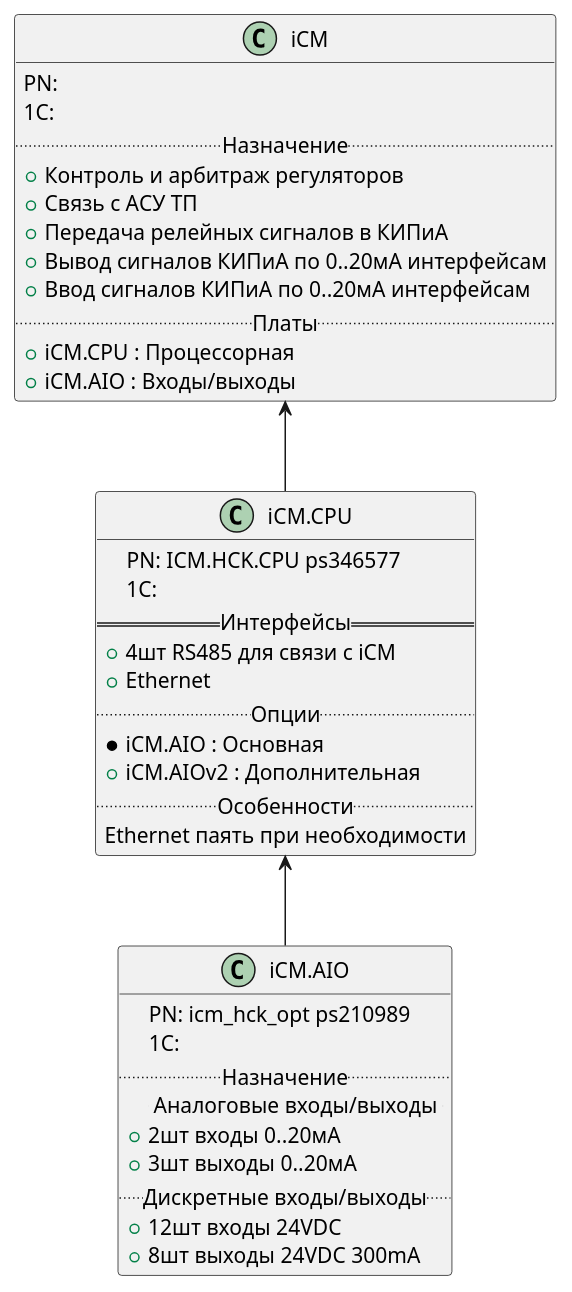
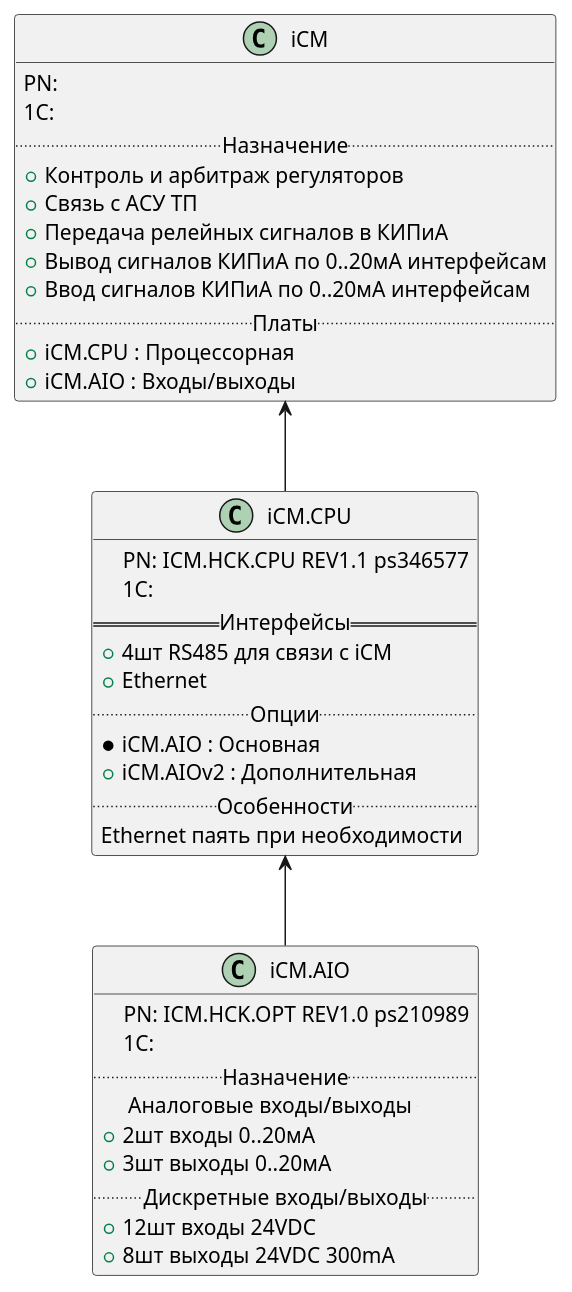
Before and after one commit to GerasimGerasimov/UML_brics: the diagram in iCM.puml, drawn with PlantUML.

```diff
--- a/iCM.puml
+++ b/iCM.puml
@@ -1,47 +1,47 @@
 @startuml
 skinparam maxMessageSize 100
 skinparam packageStyle rectangle
 set namespaceSeparator none
 
 class iCM {
 PN:
 1С:
 .. Назначение ..
 + Контроль и арбитраж регуляторов
 + Связь с АСУ ТП
 + Передача релейных сигналов в КИПиА
 + Вывод сигналов КИПиА по 0..20мА интерфейсам
 + Ввод сигналов КИПиА по 0..20мА интерфейсам
 .. Платы ..
 + iCM.CPU : Процессорная
 + iCM.AIO : Входы/выходы
 } 
 
 class iCM.CPU{
-    PN: ICM.HCK.CPU ps346577
+    PN: ICM.HCK.CPU REV1.1 ps346577
     1С:
 == Интерфейсы ==
 + 4шт RS485 для связи с iCM
 + Ethernet
 .. Опции ..
 * iCM.AIO : Основная
 + iCM.AIOv2 : Дополнительная
 .. Особенности ..
 Ethernet паять при необходимости
 } 
 
 class iCM.AIO {
-    PN: icm_hck_opt ps210989
+    PN: ICM.HCK.OPT REV1.0 ps210989
     1С:
 .. Назначение ..
 .. Аналоговые входы/выходы .. 
 + 2шт входы 0..20мА
 + 3шт выходы 0..20мА
 .. Дискретные входы/выходы ..
 + 12шт входы 24VDC
 + 8шт выходы 24VDC 300mA
 } 
 
 iCM <-- iCM.CPU
 iCM.CPU <-- iCM.AIO
 @enduml
```
